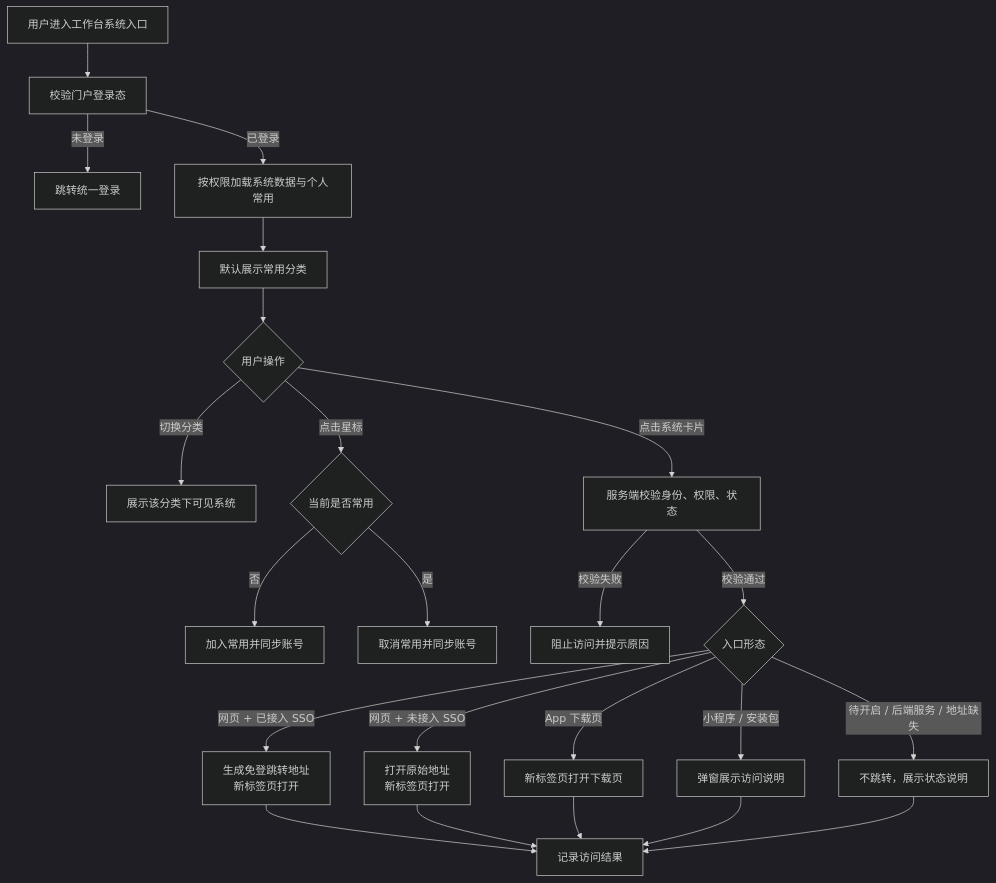
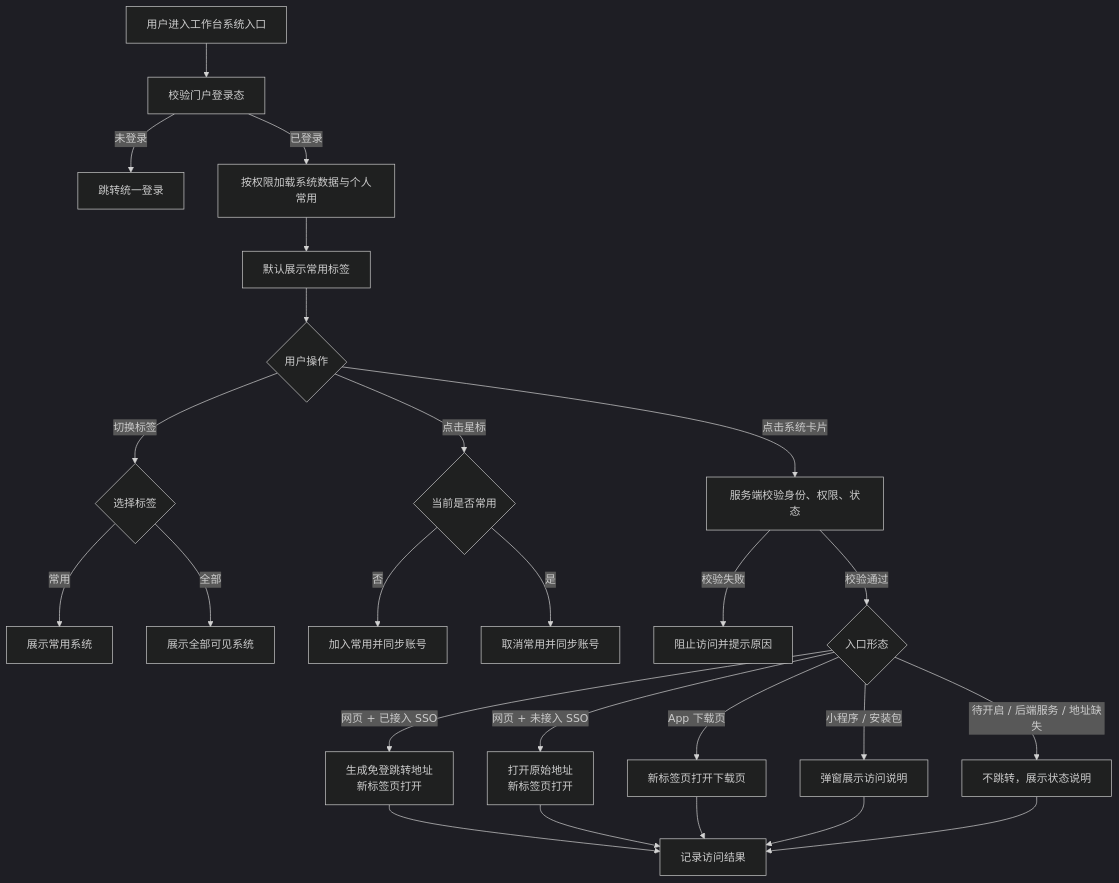
Before and after one commit to fri555/PORTL: the second of 6 diagrams in docs/需求文档/20260716-【PRD】AI工作台-系统入口-天马智擎.md, drawn with Mermaid (dark theme). The commit also changed other lines of this file, not shown here.

```diff
--- a/docs/需求文档/20260716-【PRD】AI工作台-系统入口-天马智擎.md
+++ b/docs/需求文档/20260716-【PRD】AI工作台-系统入口-天马智擎.md
@@ -273,29 +272,31 @@
 ~~~mermaid
 flowchart TD
     A["用户进入工作台系统入口"] --> B["校验门户登录态"]
     B -->|未登录| C["跳转统一登录"]
     B -->|已登录| D["按权限加载系统数据与个人常用"]
-    D --> E["默认展示常用分类"]
+    D --> E["默认展示常用标签"]
     E --> F{"用户操作"}
 
-    F -->|"切换分类"| G["展示该分类下可见系统"]
+    F -->|"切换标签"| G{"选择标签"}
+    G -->|"常用"| G1["展示常用系统"]
+    G -->|"全部"| G2["展示全部可见系统"]
     F -->|"点击星标"| H{"当前是否常用"}
     H -->|否| I["加入常用并同步账号"]
     H -->|是| J["取消常用并同步账号"]
 
     F -->|"点击系统卡片"| K["服务端校验身份、权限、状态"]
     K -->|校验失败| L["阻止访问并提示原因"]
     K -->|校验通过| M{"入口形态"}
 
     M -->|"网页 + 已接入 SSO"| N["生成免登跳转地址<br/>新标签页打开"]
     M -->|"网页 + 未接入 SSO"| O["打开原始地址<br/>新标签页打开"]
     M -->|"App 下载页"| P["新标签页打开下载页"]
     M -->|"小程序 / 安装包"| Q["弹窗展示访问说明"]
     M -->|"待开启 / 后端服务 / 地址缺失"| R["不跳转，展示状态说明"]
 
     N --> S["记录访问结果"]
     O --> S
     P --> S
     Q --> S
     R --> S
 ~~~
```
